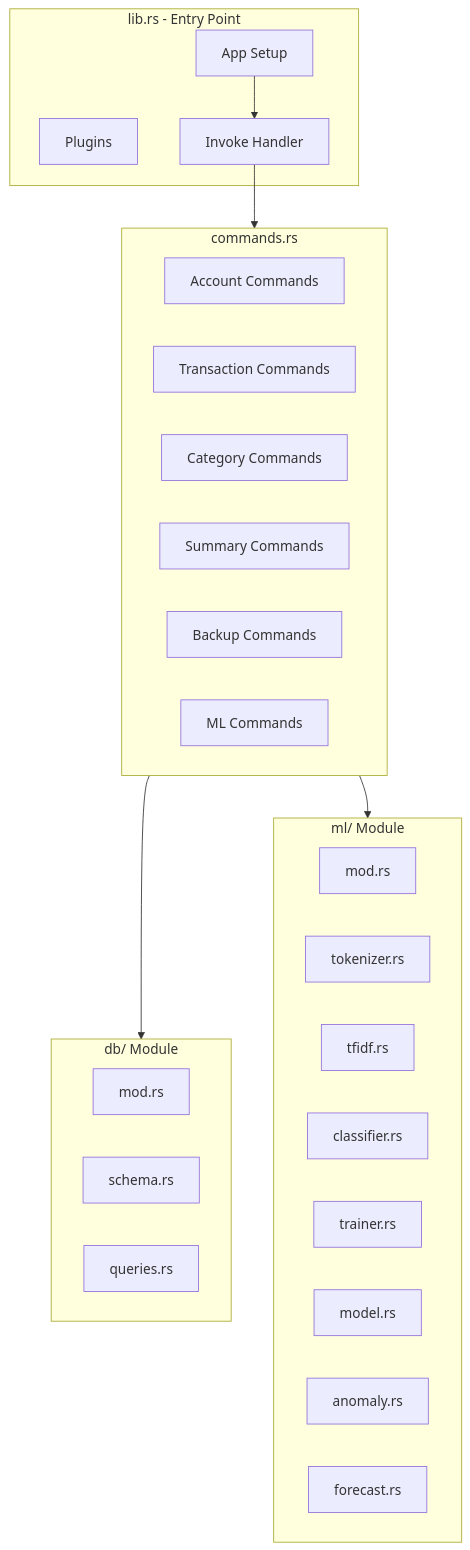
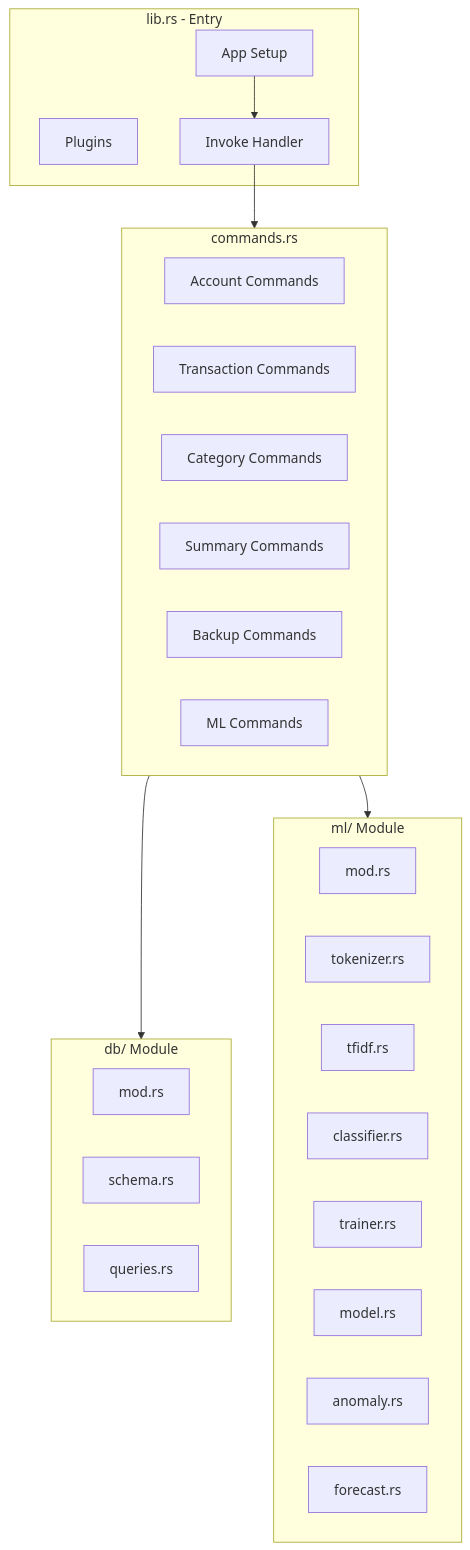
The third of 4 diagrams in ARCHITECTURE.md (qrlbk/finance-app), drawn with Mermaid before and after one commit. The commit also changed other lines of this file and 32 other files, not shown here.

````diff
--- a/ARCHITECTURE.md
+++ b/ARCHITECTURE.md
@@ -126,39 +128,39 @@
 ```mermaid
 flowchart TB
-    subgraph lib [lib.rs - Entry Point]
+    subgraph lib [lib.rs - Entry]
         setup[App Setup]
         plugins[Plugins]
         handler[Invoke Handler]
     end
     
     subgraph commands [commands.rs]
         accountCmds[Account Commands]
         transactionCmds[Transaction Commands]
         categoryCmds[Category Commands]
         summaryCmds[Summary Commands]
         backupCmds[Backup Commands]
         mlCmds[ML Commands]
     end
     
     subgraph db [db/ Module]
         dbMod[mod.rs]
         schema[schema.rs]
         queries[queries.rs]
     end
     
     subgraph ml [ml/ Module]
         mlMod[mod.rs]
         tokenizer[tokenizer.rs]
         tfidf[tfidf.rs]
         classifier[classifier.rs]
         trainer[trainer.rs]
         model[model.rs]
         anomaly[anomaly.rs]
         forecast[forecast.rs]
     end
     
     setup --> handler
     handler --> commands
     commands --> db
     commands --> ml
 ```
````
